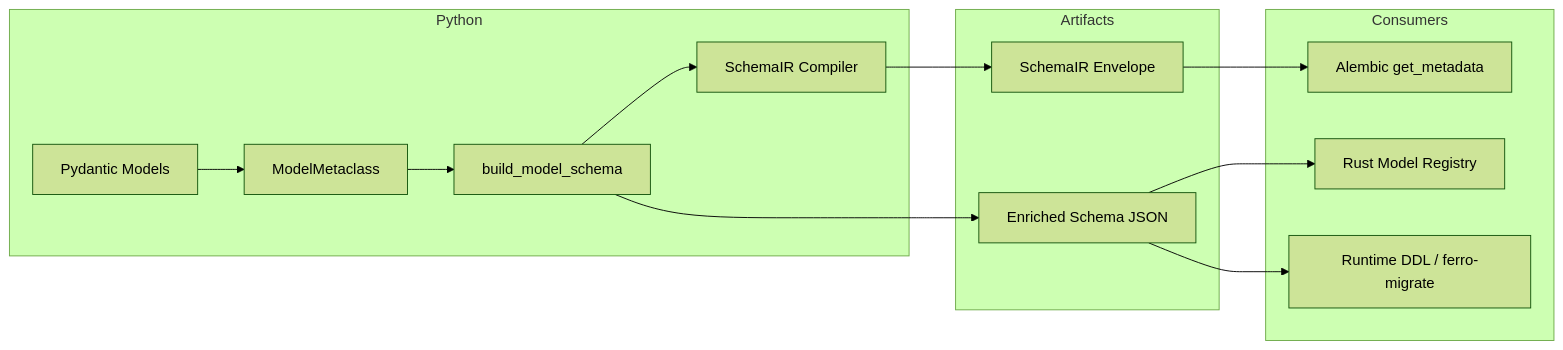
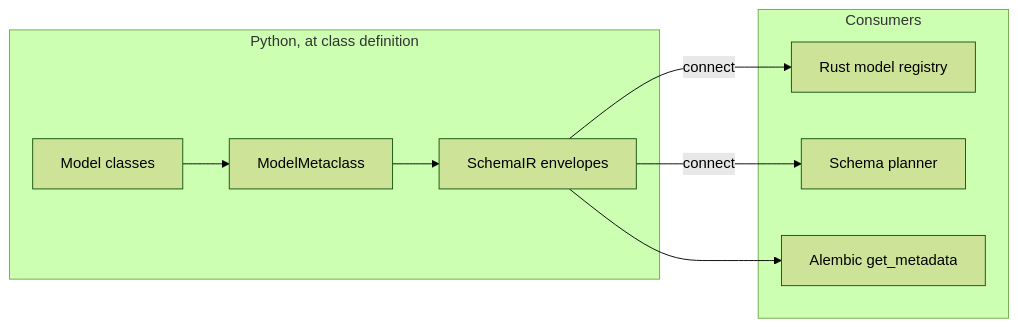
Before and after one commit to syn54x/ferro-orm: the first of 4 diagrams in docs/pages/concepts/architecture.md, drawn with Mermaid (forest theme). The commit also changed other lines of this file and 229 other files, not shown here.

````diff
--- a/docs/pages/concepts/architecture.md
+++ b/docs/pages/concepts/architecture.md
@@ -13,29 +42,19 @@
 ```mermaid
 graph LR
-    subgraph python [Python]
-        Models[Pydantic Models]
+    subgraph python [Python, at class definition]
+        Models[Model classes]
         Metaclass[ModelMetaclass]
-        Builder[build_model_schema]
-        Compiler[SchemaIR Compiler]
-    end
-
-    subgraph artifacts [Artifacts]
-        SchemaIR[SchemaIR Envelope]
-        EnrichedJSON[Enriched Schema JSON]
+        SchemaIR[SchemaIR envelopes]
+        Models --> Metaclass --> SchemaIR
     end
 
     subgraph consumers [Consumers]
+        Registry[Rust model registry]
+        Planner[Schema planner]
         Alembic[Alembic get_metadata]
-        Registry[Rust Model Registry]
-        Migrate[Runtime DDL / ferro-migrate]
     end
 
-    Models --> Metaclass
-    Metaclass --> Builder
-    Builder --> EnrichedJSON
-    Builder --> Compiler
-    Compiler --> SchemaIR
+    SchemaIR -->|connect| Registry
+    SchemaIR -->|connect| Planner
     SchemaIR --> Alembic
-    EnrichedJSON --> Registry
-    EnrichedJSON --> Migrate
 ```
````
